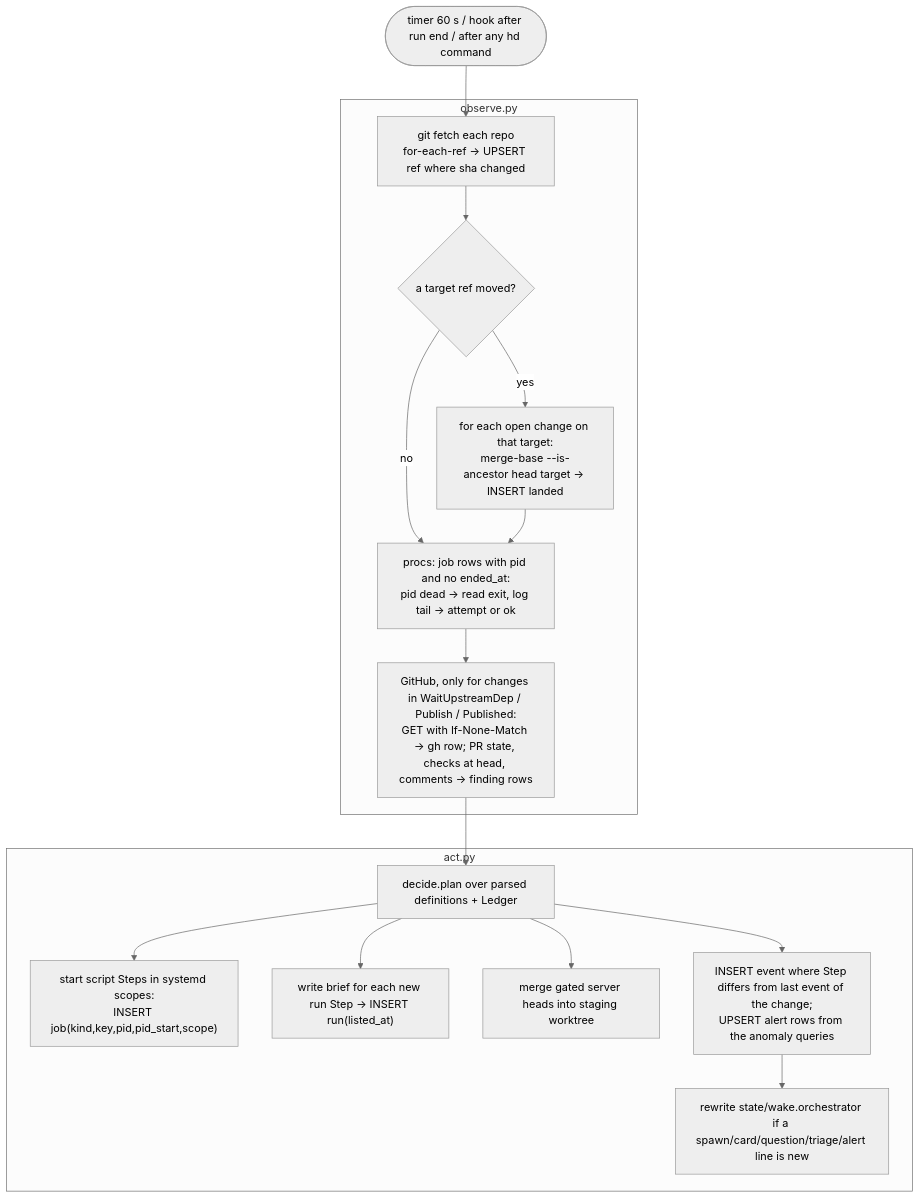
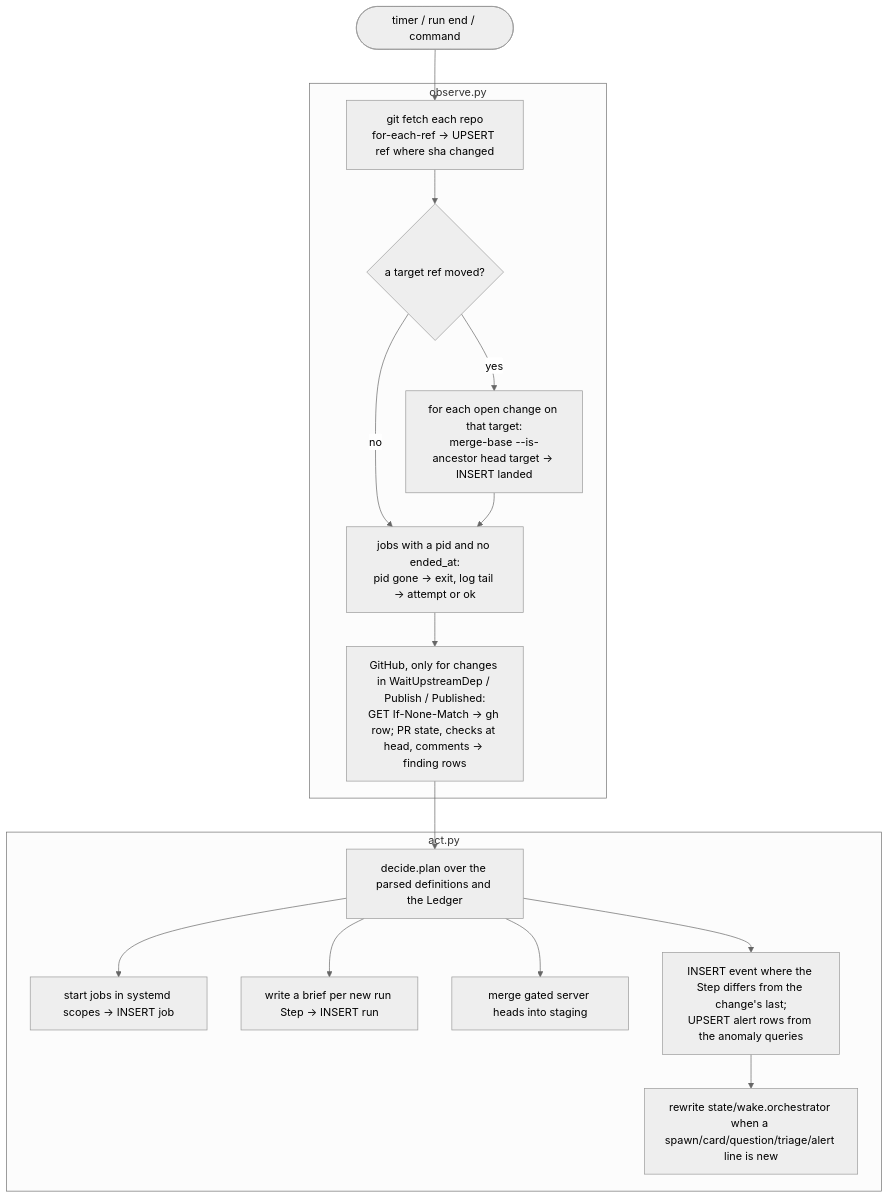
Before and after one commit to AlexPerrin/RuneHarness: the third of 7 diagrams in docs/ARCHITECTURE.md, drawn with Mermaid (neutral theme). The commit also changed other lines of this file and 16 other files, not shown here.

First line of the commit message:
v9: reduce and reconcile — ARCHITECTURE rewritten without history (830 → 645 lines), one vocabulary and one command list across docs, code skeletons, roles, README and CLAUDE.md

````diff
--- a/docs/ARCHITECTURE.md
+++ b/docs/ARCHITECTURE.md
@@ -304,19 +291,19 @@
 ```mermaid
 flowchart TD
-  T0([timer 60 s / hook after run end / after any hd command]) --> F
+  T0([timer / run end / command]) --> F
   subgraph OBS["observe.py"]
     F["git fetch each repo<br/>for-each-ref → UPSERT ref where sha changed"] --> L{"a target ref moved?"}
     L -- yes --> LA["for each open change on that target:<br/>merge-base --is-ancestor head target → INSERT landed"]
     L -- no --> P
-    LA --> P["procs: job rows with pid and no ended_at:<br/>pid dead → read exit, log tail → attempt or ok"]
-    P --> GH["GitHub, only for changes in WaitUpstreamDep / Publish / Published:<br/>GET with If-None-Match → gh row; PR state, checks at head, comments → finding rows"]
+    LA --> P["jobs with a pid and no ended_at:<br/>pid gone → exit, log tail → attempt or ok"]
+    P --> GH["GitHub, only for changes in WaitUpstreamDep / Publish / Published:<br/>GET If-None-Match → gh row; PR state, checks at head, comments → finding rows"]
   end
-  GH --> D["decide.plan over parsed definitions + Ledger"]
+  GH --> D["decide.plan over the parsed definitions and the Ledger"]
   subgraph ACT["act.py"]
-    D --> S["start script Steps in systemd scopes:<br/>INSERT job(kind,key,pid,pid_start,scope)"]
-    D --> B["write brief for each new run Step → INSERT run(listed_at)"]
-    D --> M["merge gated server heads into staging worktree"]
-    D --> E["INSERT event where Step differs from last event of the change;<br/>UPSERT alert rows from the anomaly queries"]
-    E --> W["rewrite state/wake.orchestrator if a spawn/card/question/triage/alert line is new"]
+    D --> S["start jobs in systemd scopes → INSERT job"]
+    D --> B["write a brief per new run Step → INSERT run"]
+    D --> M["merge gated server heads into staging"]
+    D --> E["INSERT event where the Step differs from the change's last;<br/>UPSERT alert rows from the anomaly queries"]
+    E --> W["rewrite state/wake.orchestrator when a spawn/card/question/triage/alert line is new"]
   end
 ```
````
